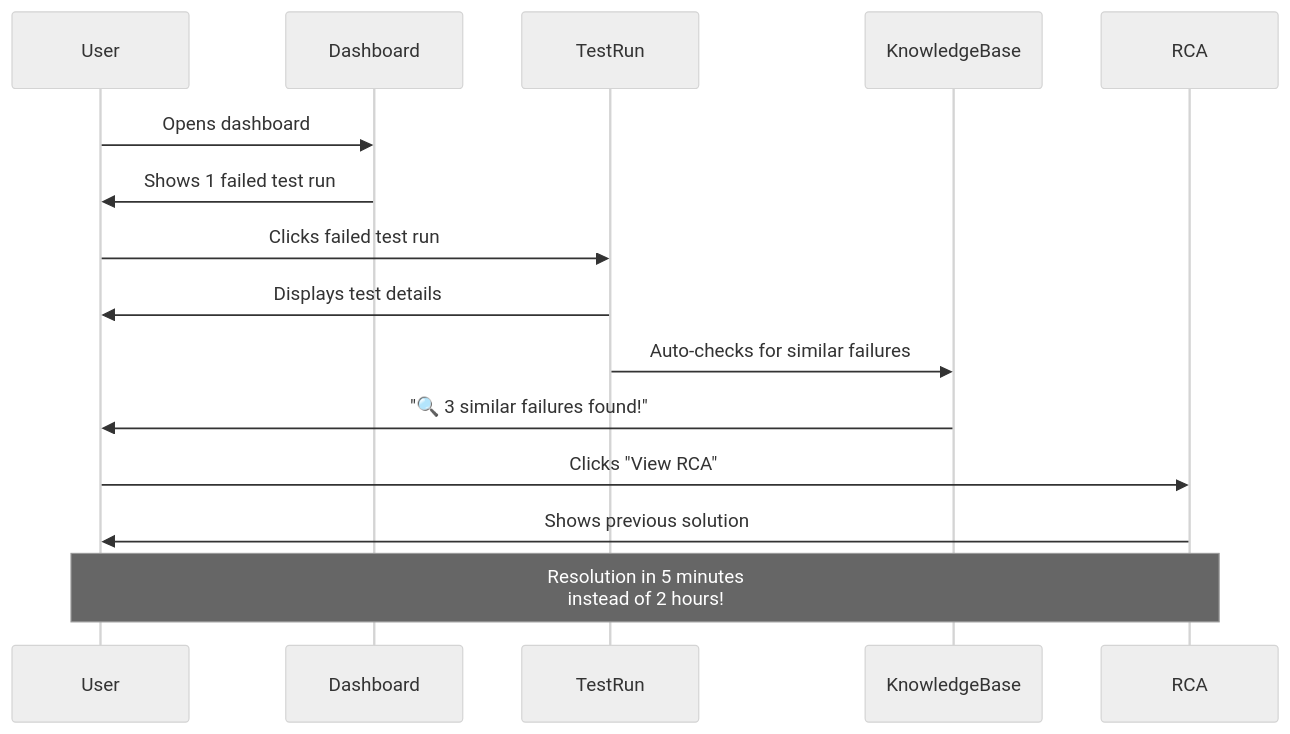
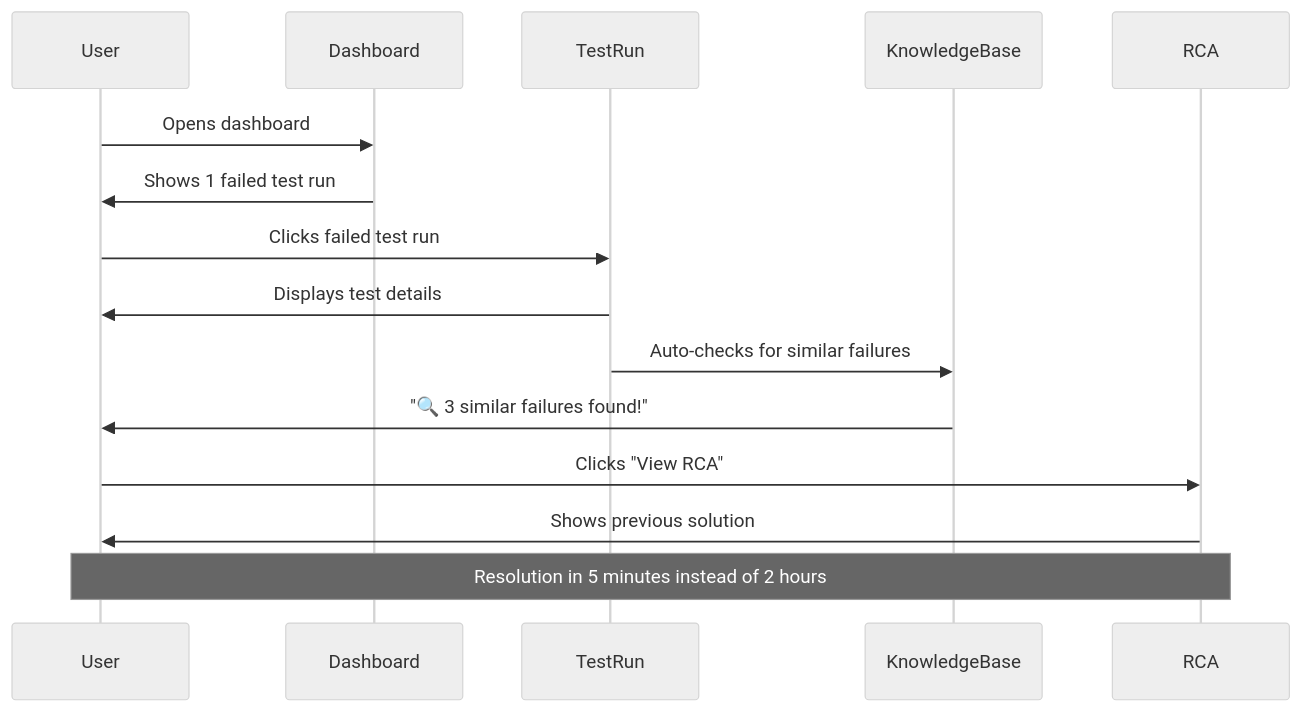
One commit to rayalon1984/testops-copilot changed the ninth of 12 diagrams in DEMO.md. Above: the diagram before and after it, drawn with Mermaid (neutral theme). The commit also changed other lines of this file and 4 other files, not shown here.

````diff
--- a/DEMO.md
+++ b/DEMO.md
@@ -239,18 +232,18 @@
 ```mermaid
 sequenceDiagram
     participant User
     participant Dashboard
     participant TestRun
     participant KnowledgeBase
     participant RCA
 
     User->>Dashboard: Opens dashboard
     Dashboard->>User: Shows 1 failed test run
     User->>TestRun: Clicks failed test run
     TestRun->>User: Displays test details
     TestRun->>KnowledgeBase: Auto-checks for similar failures
     KnowledgeBase->>User: "🔍 3 similar failures found!"
     User->>RCA: Clicks "View RCA"
     RCA->>User: Shows previous solution
-    Note over User,RCA: Resolution in 5 minutes<br/>instead of 2 hours!
+    Note over User,RCA: Resolution in 5 minutes instead of 2 hours
 ```
````
